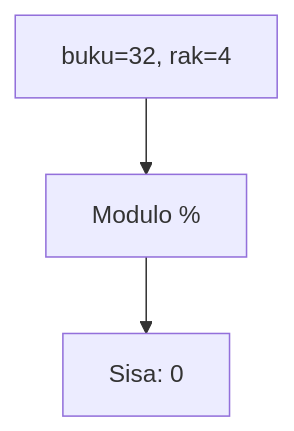
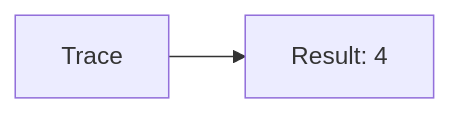
One commit to amnahwaida/OSNK_INF_PREP changed diagram 18 of 25 in part-c-pemahaman-cpp/01-tipe-data/latihan/set-02.md. Above: the diagram before and after it, drawn with Mermaid. The commit also changed other lines of this file and 71 other files, not shown here.

````diff
--- a/part-c-pemahaman-cpp/01-tipe-data/latihan/set-02.md
+++ b/part-c-pemahaman-cpp/01-tipe-data/latihan/set-02.md
@@ -533,5 +379,4 @@
 ```mermaid
-graph TD
-A["buku=32, rak=4"] --> B["Modulo %"]
-B --> C["Sisa: 0"]
+graph LR
+A[Trace] --> B[Result: 4]
 ```
````
